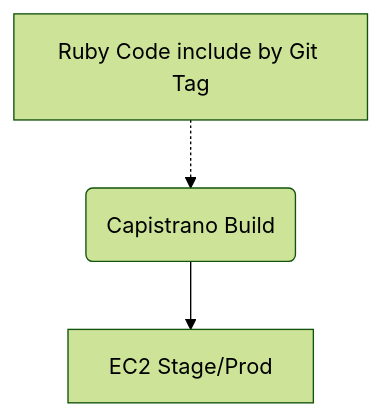
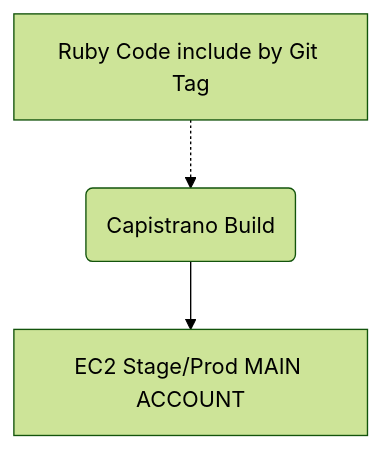
The sixth of 11 diagrams in design/aws-build/README.md (CDLUC3/mrt-doc), drawn with Mermaid (forest theme) before and after one commit. The commit also changed other lines of this file, not shown here.

````diff
--- a/design/aws-build/README.md
+++ b/design/aws-build/README.md
@@ -172,8 +180,8 @@
 ```mermaid
 graph TD
   Build(Capistrano Build)
   Gems[Ruby Code include by Git Tag]
   Gems -.-> Build
   Build --> EC2
-  EC2[EC2 Stage/Prod]
+  EC2[EC2 Stage/Prod MAIN ACCOUNT]
 ```
````
